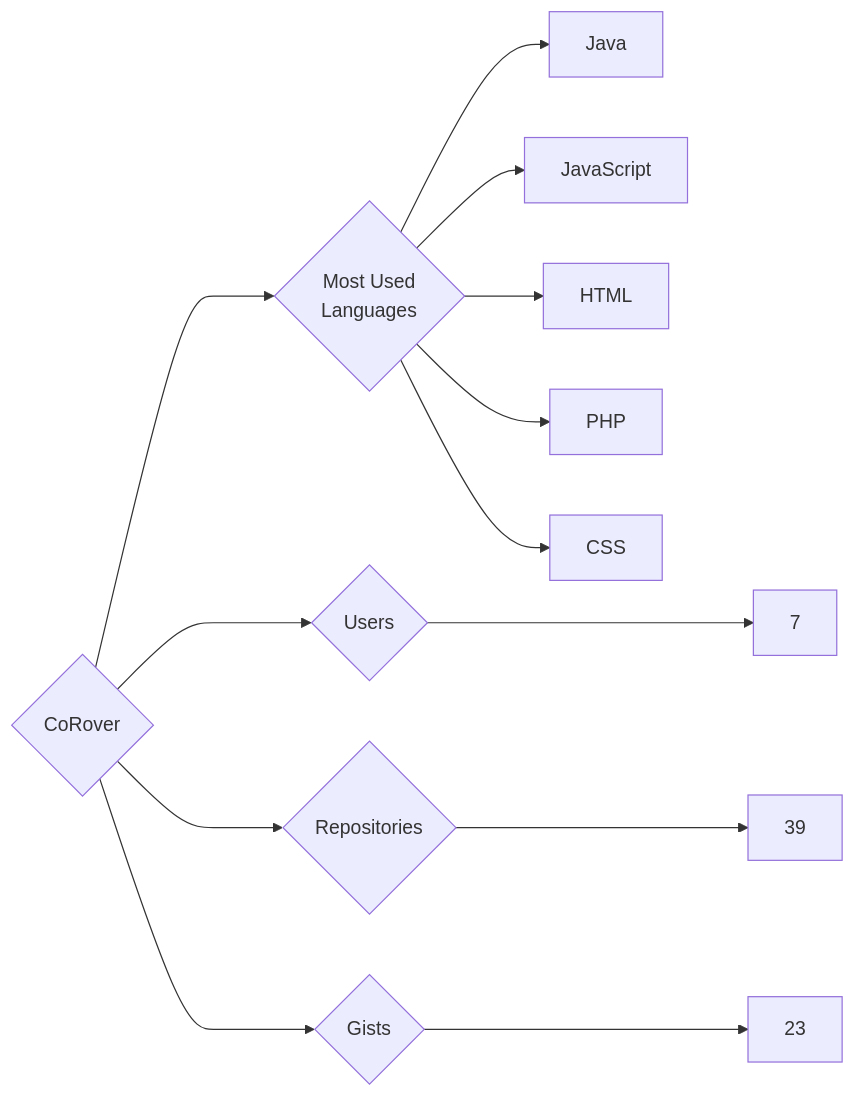
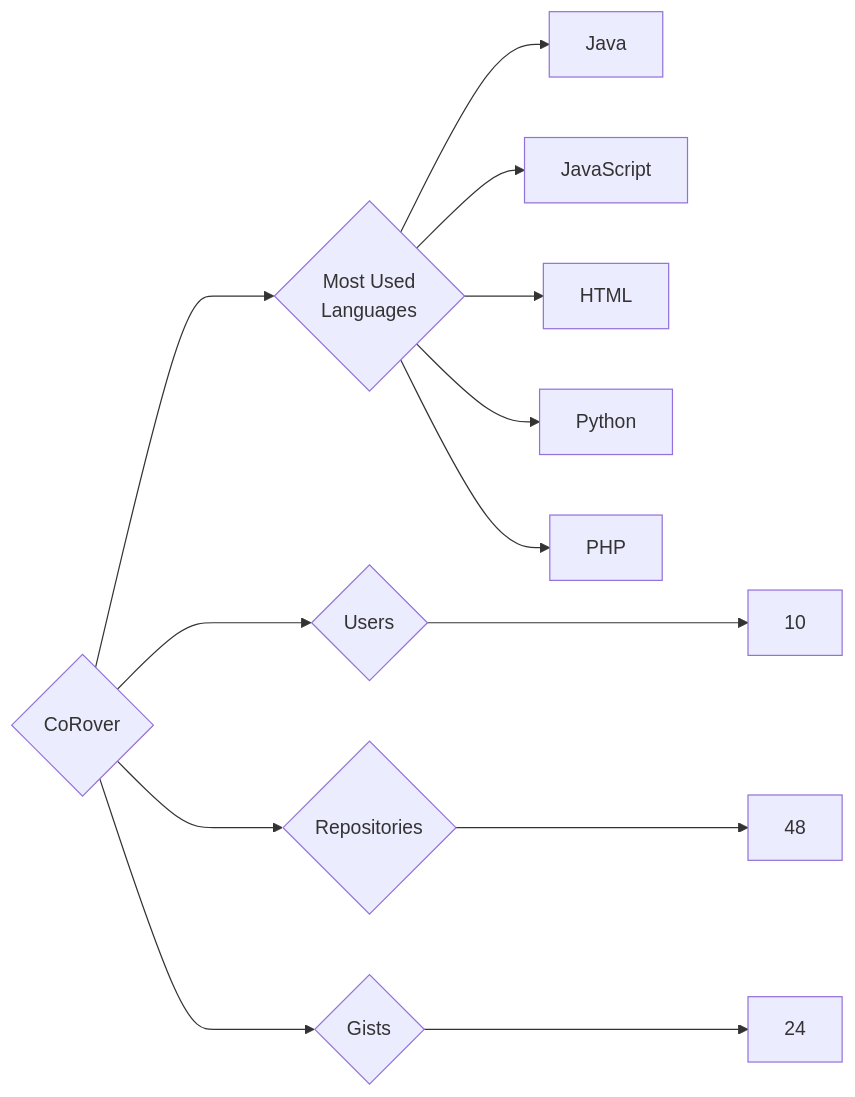
Before and after one commit to trickest/insiders: the diagram in targets/CoRover/README.md, drawn with Mermaid. The commit also changed 1148 other files, not shown here.

````diff
--- a/targets/CoRover/README.md
+++ b/targets/CoRover/README.md
@@ -3,13 +3,13 @@
 ```mermaid
 graph LR
 COMPANY_NAME{CoRover}
-COMPANY_NAME ---> U{Users} ---> UN[7]
-COMPANY_NAME ---> R{Repositories} ---> RN[39]
-COMPANY_NAME ---> G{Gists} ---> GN[23]
+COMPANY_NAME ---> U{Users} ---> UN[10]
+COMPANY_NAME ---> R{Repositories} ---> RN[48]
+COMPANY_NAME ---> G{Gists} ---> GN[24]
 COMPANY_NAME ---> ML{Most Used<br>Languages}
 ML --> Java[Java]
 ML --> JavaScript[JavaScript]
 ML --> HTML[HTML]
+ML --> Python[Python]
 ML --> PHP[PHP]
-ML --> CSS[CSS]
 ```
````
